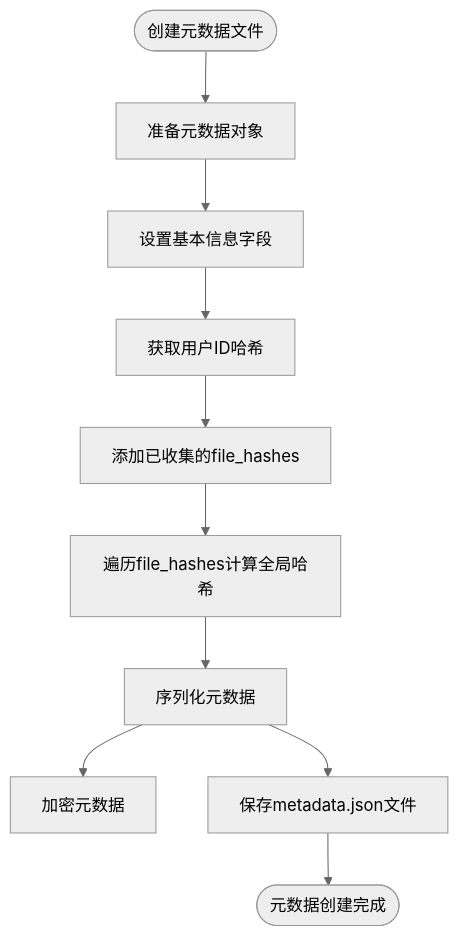
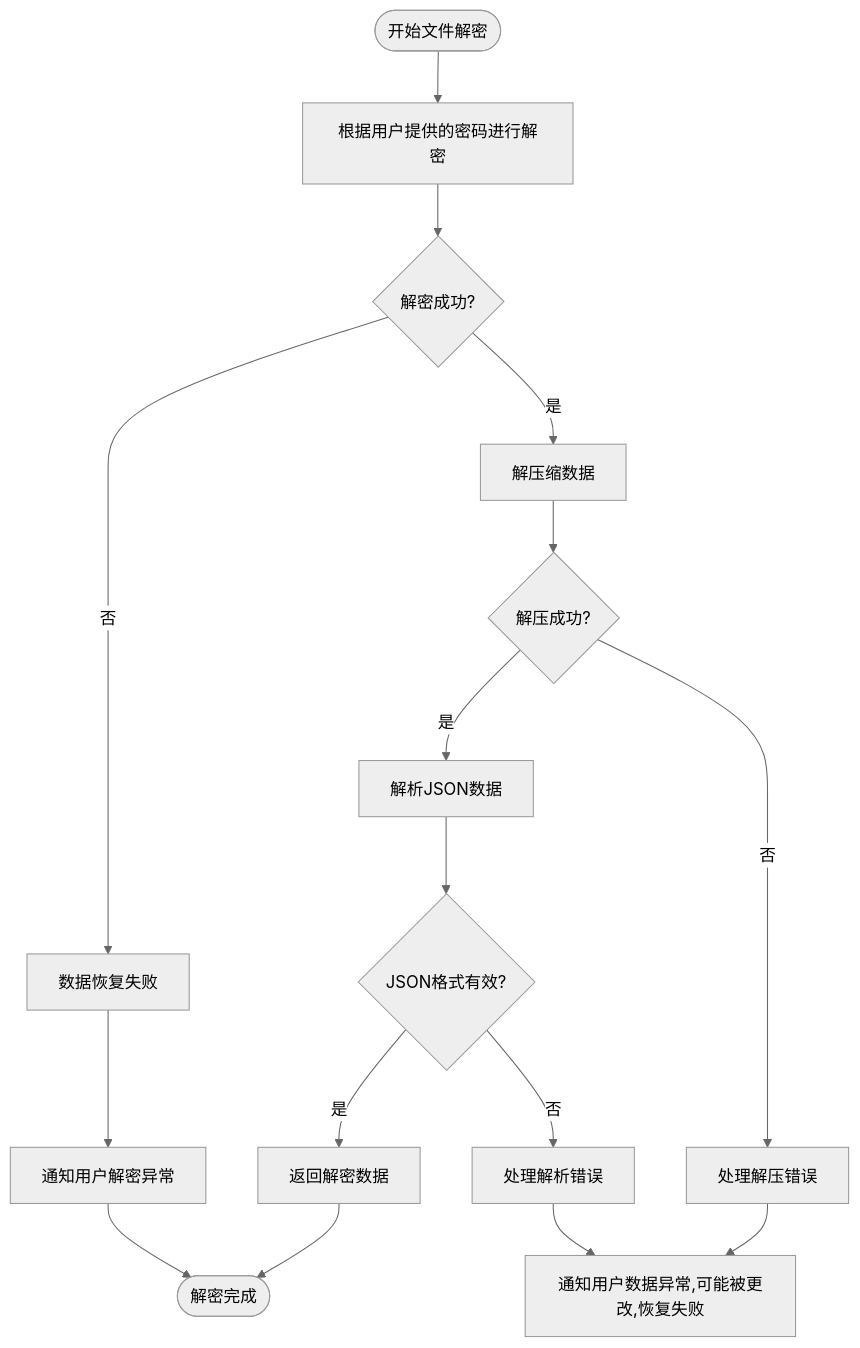
The diagram in all/未命名-56.md (yingjianzh/iodraw-files), drawn with Mermaid (neutral theme) before and after one commit.

Commit message:
2025-05-12 15:15:55 update

````diff
--- a/all/未命名-56.md
+++ b/all/未命名-56.md
@@ -1,19 +1,26 @@
 ```mermaid
 
 flowchart TD
-    Start([创建元数据文件]) --> PrepareMetadataObj[准备元数据对象]
-    PrepareMetadataObj --> SetBasicInfo[设置基本信息字段]
-    SetBasicInfo --> GetUserIDHash[获取用户ID哈希]
+    Start([开始文件解密]) --> ReadFile[根据用户提供的密码进行解密]
+    ReadFile --> DecryptionSuccess{解密成功?}
     
-    GetUserIDHash --> AddFileHashes[添加已收集的file_hashes]
-    AddFileHashes --> CalculateGlobalHash[遍历file_hashes计算全局哈希]
+    DecryptionSuccess -->|否| A[数据恢复失败]
+    DecryptionSuccess -->|是| DecompressData[解压缩数据]
     
-    CalculateGlobalHash --> SerializeMetadata[序列化元数据]
+    DecompressData --> DecompressionSuccess{解压成功?}
+    DecompressionSuccess -->|否| HandleDecompressError[处理解压错误]
+    DecompressionSuccess -->|是| ParseJSON[解析JSON数据]
     
-    SerializeMetadata -->  Encryption[加密元数据]
-
-    SerializeMetadata --> SaveMetadataFile[保存metadata.json文件]
+    ParseJSON --> JSONValid{JSON格式有效?}
+    JSONValid -->|否| HandleParseError[处理解析错误]
+    JSONValid -->|是| ReturnDecryptedData[返回解密数据]
     
-    SaveMetadataFile --> End([元数据创建完成])
+    ReturnDecryptedData --> End([解密完成])
+    
+    HandleDecompressError --> LogError[通知用户数据异常,可能被更改,恢复失败]
+    HandleParseError --> LogError
+    
+    A --> ThrowException[通知用户解密异常]
+    ThrowException --> End
 
 ```
````
